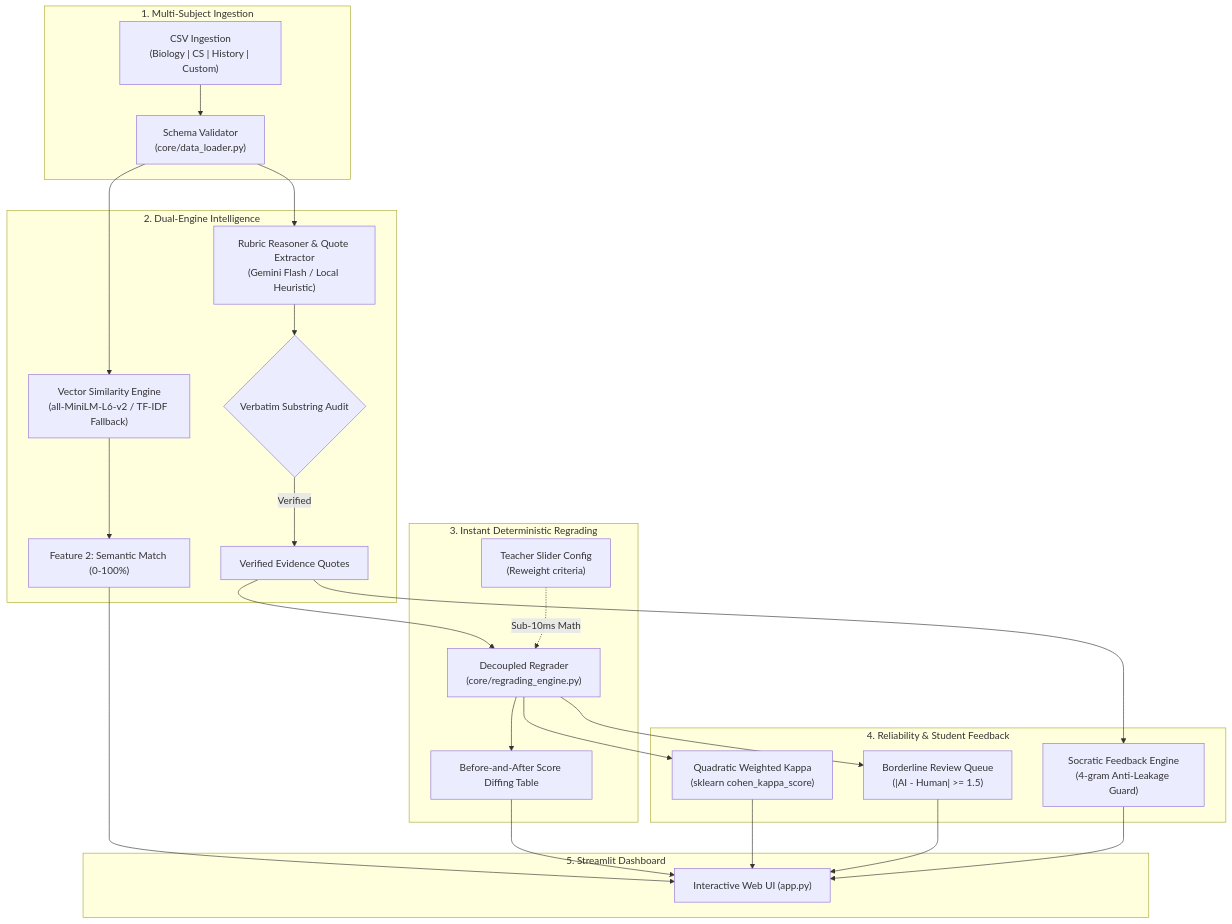
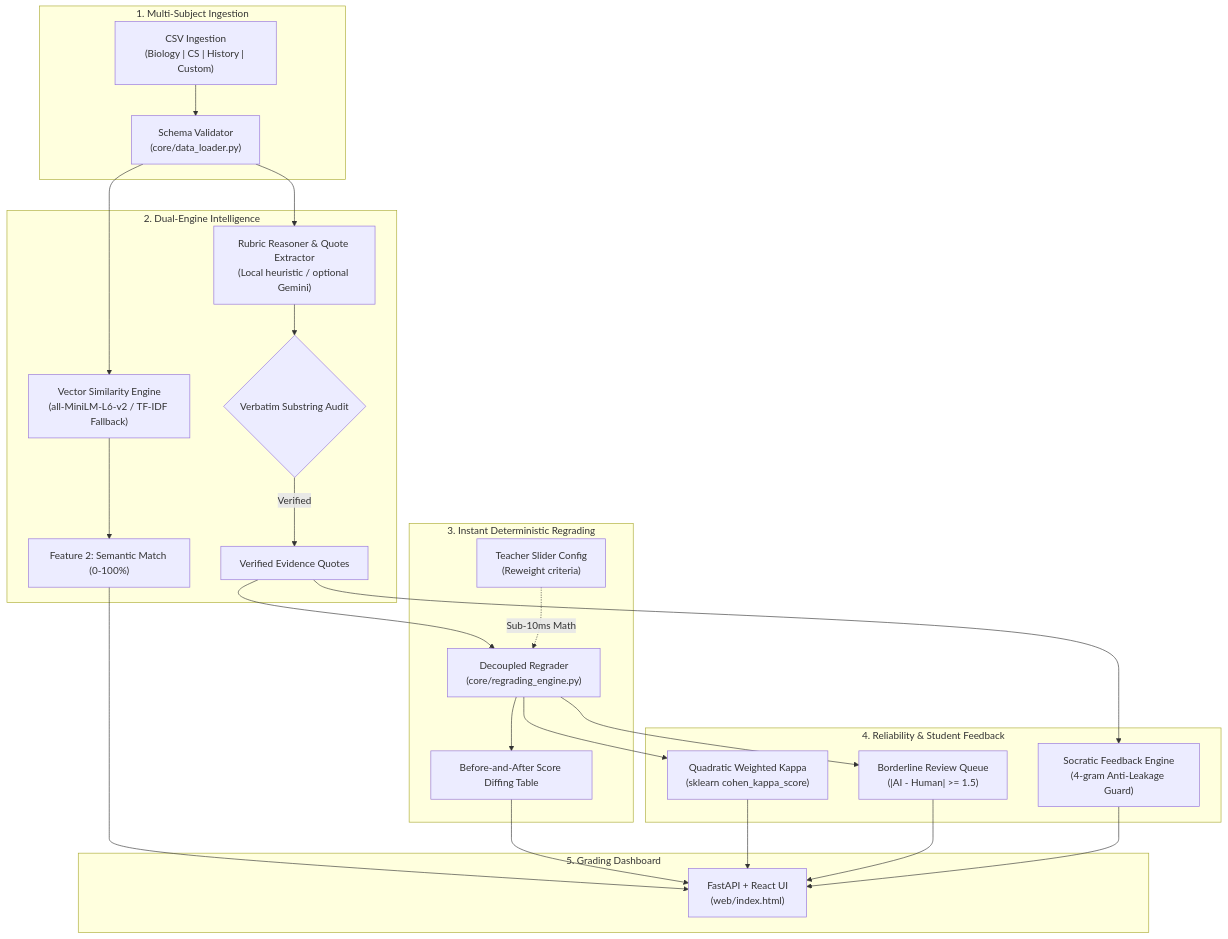
The diagram in README.md (mrshahidwarrior39266-boop/QUBRIX), drawn with Mermaid before and after one commit. The commit also changed other lines of this file and 14 other files, not shown here.

Commit message:
feat(ui): restore exact RubricGrader Explainable Grading Studio state from screenshot

````diff
--- a/README.md
+++ b/README.md
@@ -22,31 +39,31 @@
 ```mermaid
 flowchart TD
     subgraph Ingestion ["1. Multi-Subject Ingestion"]
         CSV["CSV Ingestion\n(Biology | CS | History | Custom)"] --> Loader["Schema Validator\n(core/data_loader.py)"]
     end
 
     subgraph Dual_AI ["2. Dual-Engine Intelligence"]
         Loader --> SimEngine["Vector Similarity Engine\n(all-MiniLM-L6-v2 / TF-IDF Fallback)"]
-        Loader --> RubricEval["Rubric Reasoner & Quote Extractor\n(Gemini Flash / Local Heuristic)"]
+        Loader -->         RubricEval["Rubric Reasoner & Quote Extractor\n(Local heuristic / optional Gemini)"]
         
         SimEngine --> CosineMatch["Feature 2: Semantic Match (0-100%)"]
         RubricEval --> QuoteAudit{"Verbatim Substring Audit"}
         QuoteAudit -- Verified --> GroundedEv["Verified Evidence Quotes"]
     end
 
     subgraph Decoupled_Scoring ["3. Instant Deterministic Regrading"]
         GroundedEv --> Regrader["Decoupled Regrader\n(core/regrading_engine.py)"]
         Sliders["Teacher Slider Config\n(Reweight criteria)"] -.->|Sub-10ms Math| Regrader
         Regrader --> DiffTable["Before-and-After Score Diffing Table"]
     end
 
     subgraph Reliability_Feedback ["4. Reliability & Student Feedback"]
         Regrader --> QWK["Quadratic Weighted Kappa\n(sklearn cohen_kappa_score)"]
         Regrader --> Borderline["Borderline Review Queue\n(|AI - Human| >= 1.5)"]
         GroundedEv --> Feedback["Socratic Feedback Engine\n(4-gram Anti-Leakage Guard)"]
     end
 
-    subgraph UI ["5. Streamlit Dashboard"]
-        CosineMatch & DiffTable & QWK & Borderline & Feedback --> Dashboard["Interactive Web UI (app.py)"]
+    subgraph UI ["5. Grading Dashboard"]
+        CosineMatch & DiffTable & QWK & Borderline & Feedback --> Dashboard["FastAPI + React UI\n(web/index.html)"]
     end
 ```
````
